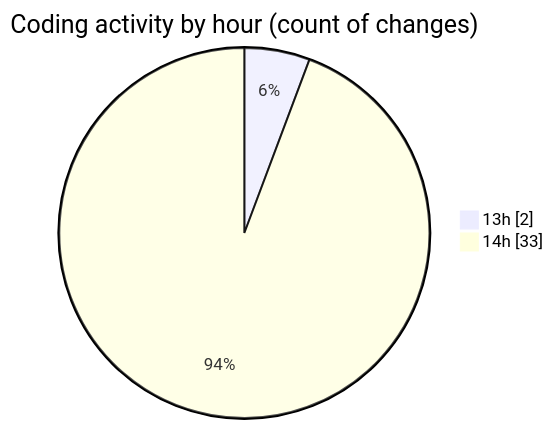
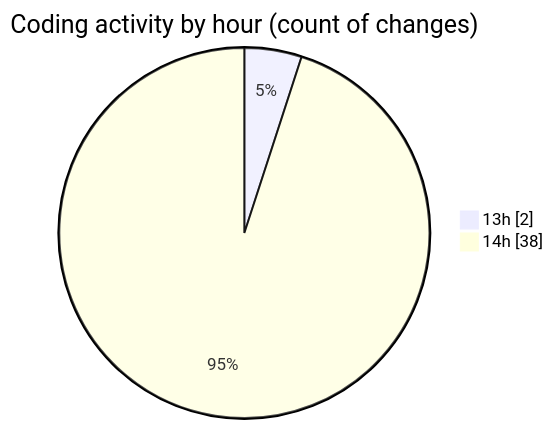
One commit to nxtqubesakshisongat/code-tracking changed the second of 2 diagrams in 2025-05-31/nxtqube_webapp/README.md. Above: the diagram before and after it, drawn with Mermaid. The commit also changed other lines of this file and 1 other file, not shown here.

````diff
--- a/2025-05-31/nxtqube_webapp/README.md
+++ b/2025-05-31/nxtqube_webapp/README.md
@@ -32,6 +32,6 @@
 ```mermaid
 pie showData
 title Coding activity by hour (count of changes)
 "13h" : 2
-"14h" : 33
+"14h" : 38
 ```
````
